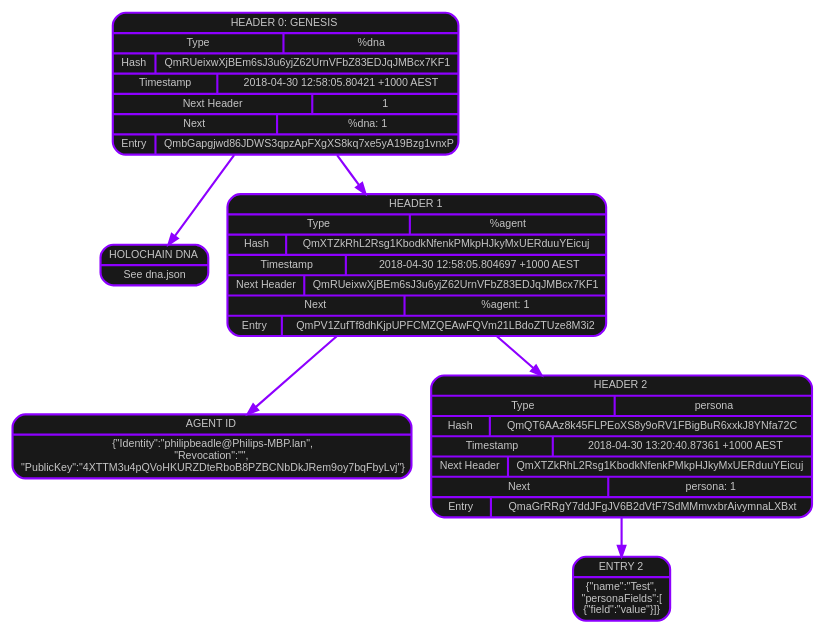
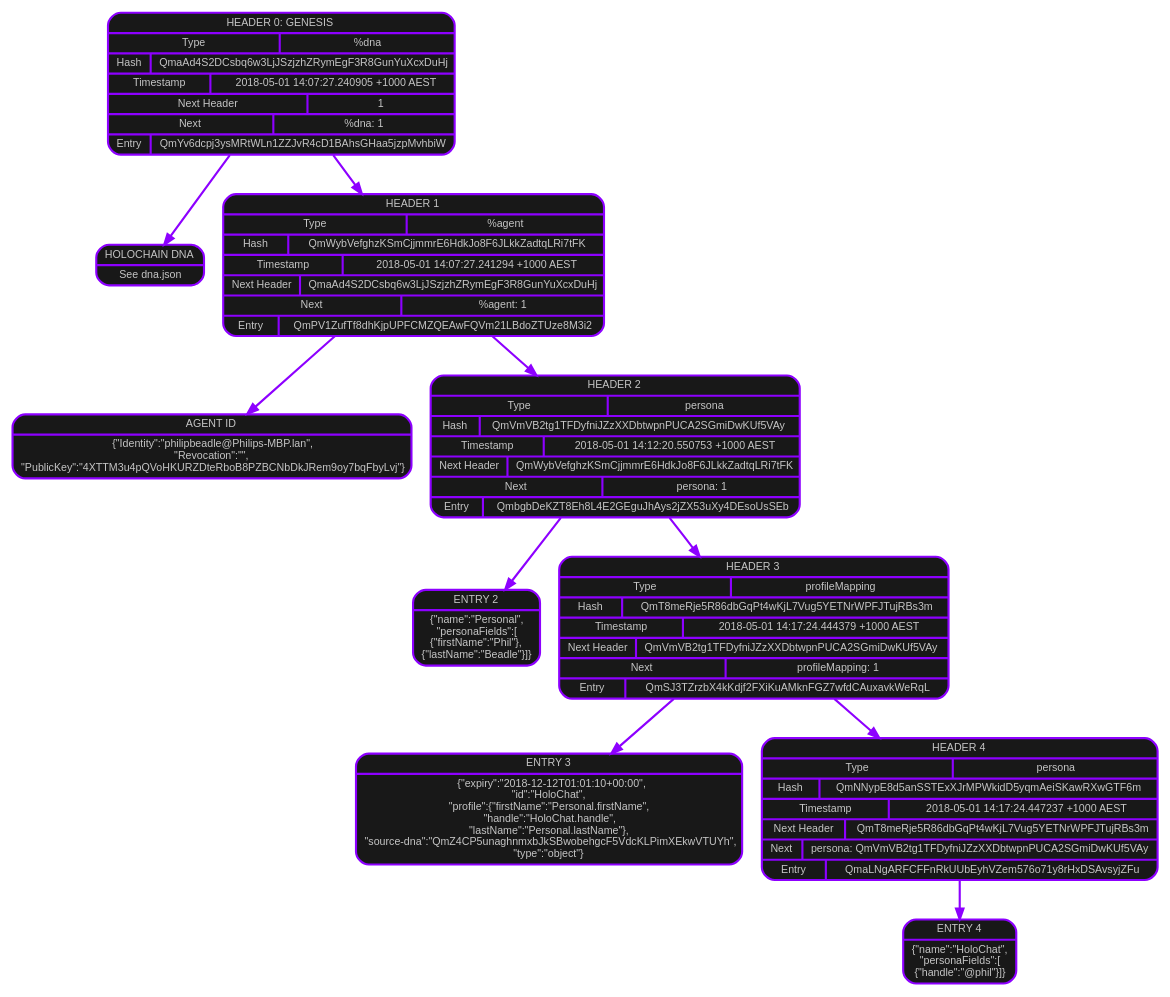
The diagram in vault.dot (holochain/personas-profiles-redux), drawn with Graphviz before and after one commit. The commit also changed 3 other files, not shown here.

```diff
--- a/vault.dot
+++ b/vault.dot
@@ -1,37 +1,59 @@
 digraph chain {
 graph [splines=line];
 node [shape=record fontname="Arial",fontsize="10",style="rounded, filled",penwidth=2,fontcolor="#c5c5c5",color="#8d00ff",fillcolor="#181818"];
 edge [penwidth=2, color="#8d00ff"];
 header0 [label=<{HEADER 0: GENESIS|
 {Type|%dna}|
-{Hash|QmRUeixwXjBEm6sJ3u6yjZ62UrnVFbZ83EDJqJMBcx7KF1}|
-{Timestamp|2018-04-30 12:58:05.80421 +1000 AEST}|
+{Hash|QmaAd4S2DCsbq6w3LjJSzjzhZRymEgF3R8GunYuXcxDuHj}|
+{Timestamp|2018-05-01 14:07:27.240905 +1000 AEST}|
 {Next Header|1}|
 {Next|%dna: 1}|
-{Entry|QmbGapgjwd86JDWS3qpzApFXgXS8kq7xe5yA19Bzg1vnxP}
+{Entry|QmYv6dcpj3ysMRtWLn1ZZJvR4cD1BAhsGHaa5jzpMvhbiW}
 }>];
 content0 [label=<{HOLOCHAIN DNA|See dna.json}>];
 header0->content0;
 header0->header1;
 header1 [label=<{HEADER 1|
 {Type|%agent}|
-{Hash|QmXTZkRhL2Rsg1KbodkNfenkPMkpHJkyMxUERduuYEicuj}|
-{Timestamp|2018-04-30 12:58:05.804697 +1000 AEST}|
-{Next Header|QmRUeixwXjBEm6sJ3u6yjZ62UrnVFbZ83EDJqJMBcx7KF1}|
+{Hash|QmWybVefghzKSmCjjmmrE6HdkJo8F6JLkkZadtqLRi7tFK}|
+{Timestamp|2018-05-01 14:07:27.241294 +1000 AEST}|
+{Next Header|QmaAd4S2DCsbq6w3LjJSzjzhZRymEgF3R8GunYuXcxDuHj}|
 {Next|%agent: 1}|
 {Entry|QmPV1ZufTf8dhKjpUPFCMZQEAwFQVm21LBdoZTUze8M3i2}
 }>];
 content1 [label=<{AGENT ID|\{"Identity":"philipbeadle@Philips-MBP.lan",<br/>"Revocation":"",<br/>"PublicKey":"4XTTM3u4pQVoHKURZDteRboB8PZBCNbDkJRem9oy7bqFbyLvj"\}}>];
 header1->content1;
 header1->header2;
 header2 [label=<{HEADER 2|
 {Type|persona}|
-{Hash|QmQT6AAz8k45FLPEoXS8y9oRV1FBigBuR6xxkJ8YNfa72C}|
-{Timestamp|2018-04-30 13:20:40.87361 +1000 AEST}|
-{Next Header|QmXTZkRhL2Rsg1KbodkNfenkPMkpHJkyMxUERduuYEicuj}|
+{Hash|QmVmVB2tg1TFDyfniJZzXXDbtwpnPUCA2SGmiDwKUf5VAy}|
+{Timestamp|2018-05-01 14:12:20.550753 +1000 AEST}|
+{Next Header|QmWybVefghzKSmCjjmmrE6HdkJo8F6JLkkZadtqLRi7tFK}|
 {Next|persona: 1}|
-{Entry|QmaGrRRgY7ddJFgJV6B2dVtF7SdMMmvxbrAivymnaLXBxt}
+{Entry|QmbgbDeKZT8Eh8L4E2GEguJhAys2jZX53uXy4DEsoUsSEb}
 }>];
-content2 [label=<{ENTRY 2|\{"name":"Test",<br/>"personaFields":[<br/>\{"field":"value"\}]\}}>];
+content2 [label=<{ENTRY 2|\{"name":"Personal",<br/>"personaFields":[<br/>\{"firstName":"Phil"\},<br/>\{"lastName":"Beadle"\}]\}}>];
 header2->content2;
+header2->header3;
+header3 [label=<{HEADER 3|
+{Type|profileMapping}|
+{Hash|QmT8meRje5R86dbGqPt4wKjL7Vug5YETNrWPFJTujRBs3m}|
+{Timestamp|2018-05-01 14:17:24.444379 +1000 AEST}|
+{Next Header|QmVmVB2tg1TFDyfniJZzXXDbtwpnPUCA2SGmiDwKUf5VAy}|
+{Next|profileMapping: 1}|
+{Entry|QmSJ3TZrzbX4kKdjf2FXiKuAMknFGZ7wfdCAuxavkWeRqL}
+}>];
+content3 [label=<{ENTRY 3|\{"expiry":"2018-12-12T01:01:10+00:00",<br/>"id":"HoloChat",<br/>"profile":\{"firstName":"Personal.firstName",<br/>"handle":"HoloChat.handle",<br/>"lastName":"Personal.lastName"\},<br/>"source-dna":"QmZ4CP5unaghnmxbJkSBwobehgcF5VdcKLPimXEkwVTUYh",<br/>"type":"object"\}}>];
+header3->content3;
+header3->header4;
+header4 [label=<{HEADER 4|
+{Type|persona}|
+{Hash|QmNNypE8d5anSSTExXJrMPWkidD5yqmAeiSKawRXwGTF6m}|
+{Timestamp|2018-05-01 14:17:24.447237 +1000 AEST}|
+{Next Header|QmT8meRje5R86dbGqPt4wKjL7Vug5YETNrWPFJTujRBs3m}|
+{Next|persona: QmVmVB2tg1TFDyfniJZzXXDbtwpnPUCA2SGmiDwKUf5VAy}|
+{Entry|QmaLNgARFCFFnRkUUbEyhVZem576o71y8rHxDSAvsyjZFu}
+}>];
+content4 [label=<{ENTRY 4|\{"name":"HoloChat",<br/>"personaFields":[<br/>\{"handle":"@phil"\}]\}}>];
+header4->content4;
 }
```
